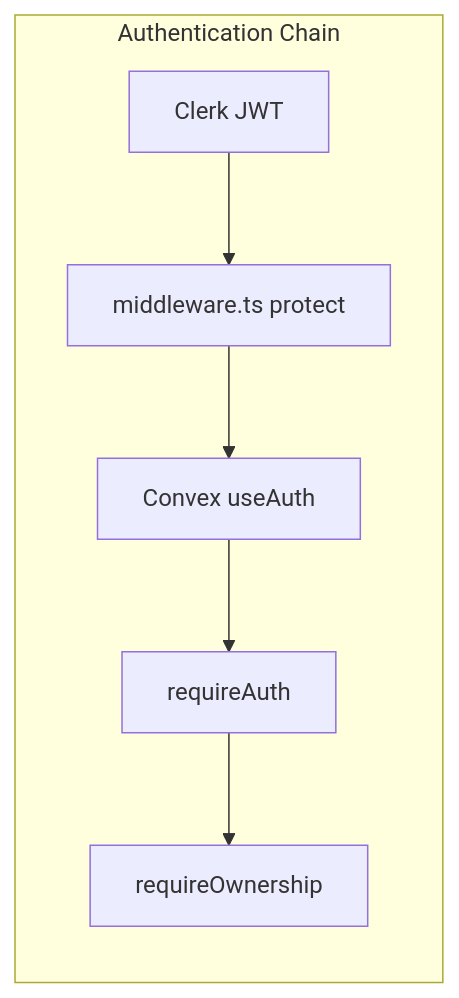
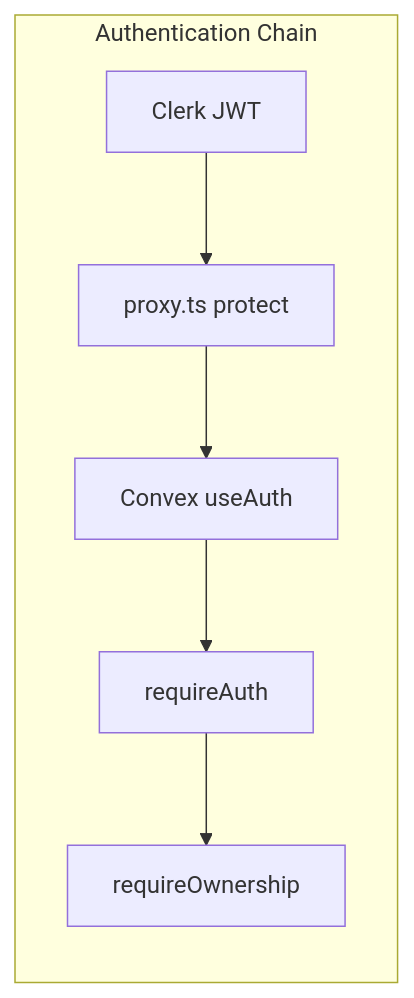
Before and after one commit to Harshithk951/Resume-Flow: the sixth of 8 diagrams in README.md, drawn with Mermaid. The commit also changed other lines of this file and 1 other file, not shown here.

Commit message:
chore: migrate middleware to proxy for nextjs 16

````diff
--- a/README.md
+++ b/README.md
@@ -414,15 +414,15 @@
 ```mermaid
 flowchart LR
   subgraph auth [Authentication Chain]
     JWT[Clerk JWT]
-    Proxy[middleware.ts protect]
+    Proxy[proxy.ts protect]
     ConvexAuth[Convex useAuth]
     RequireAuth[requireAuth]
     RequireOwner[requireOwnership]
   end
 
   JWT --> Proxy
   Proxy --> ConvexAuth
   ConvexAuth --> RequireAuth
   RequireAuth --> RequireOwner
 ```
````
